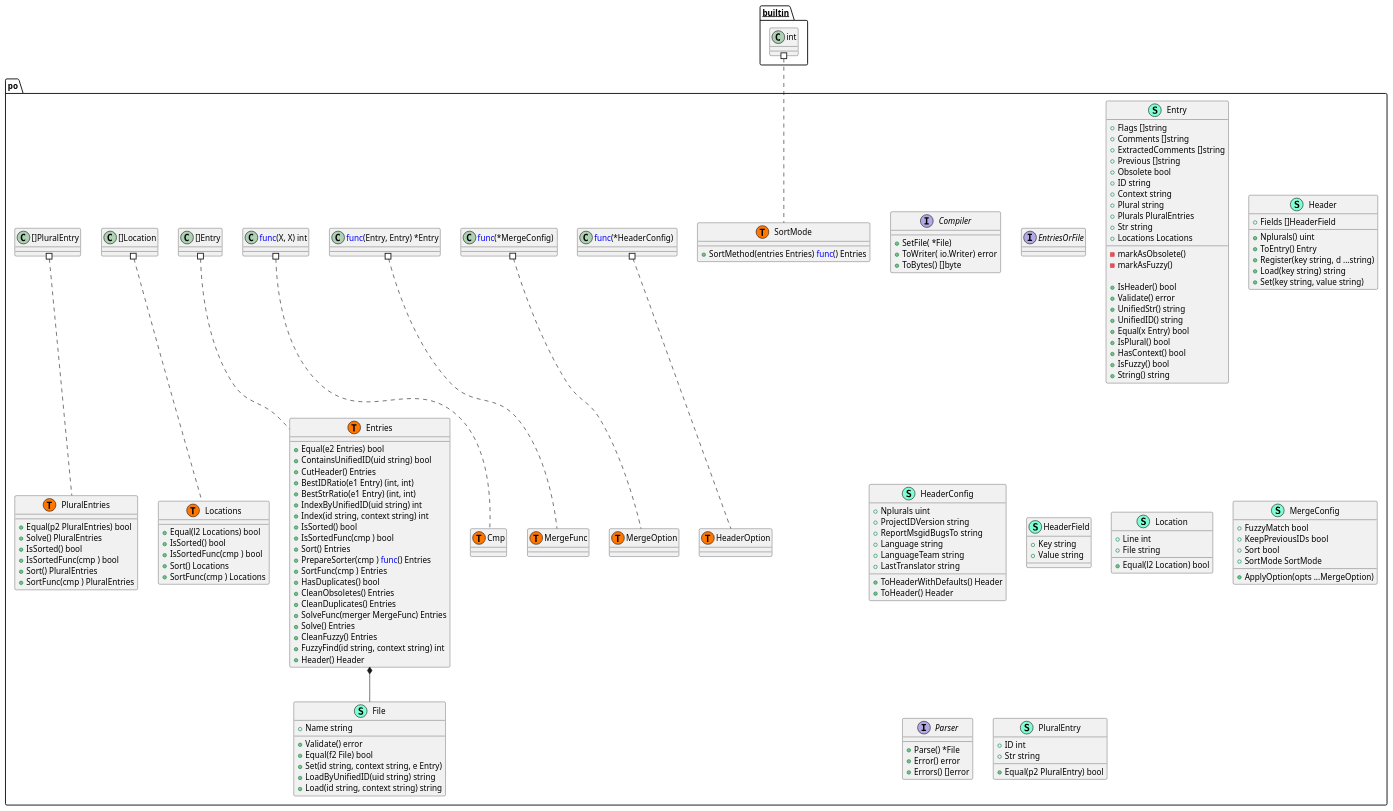
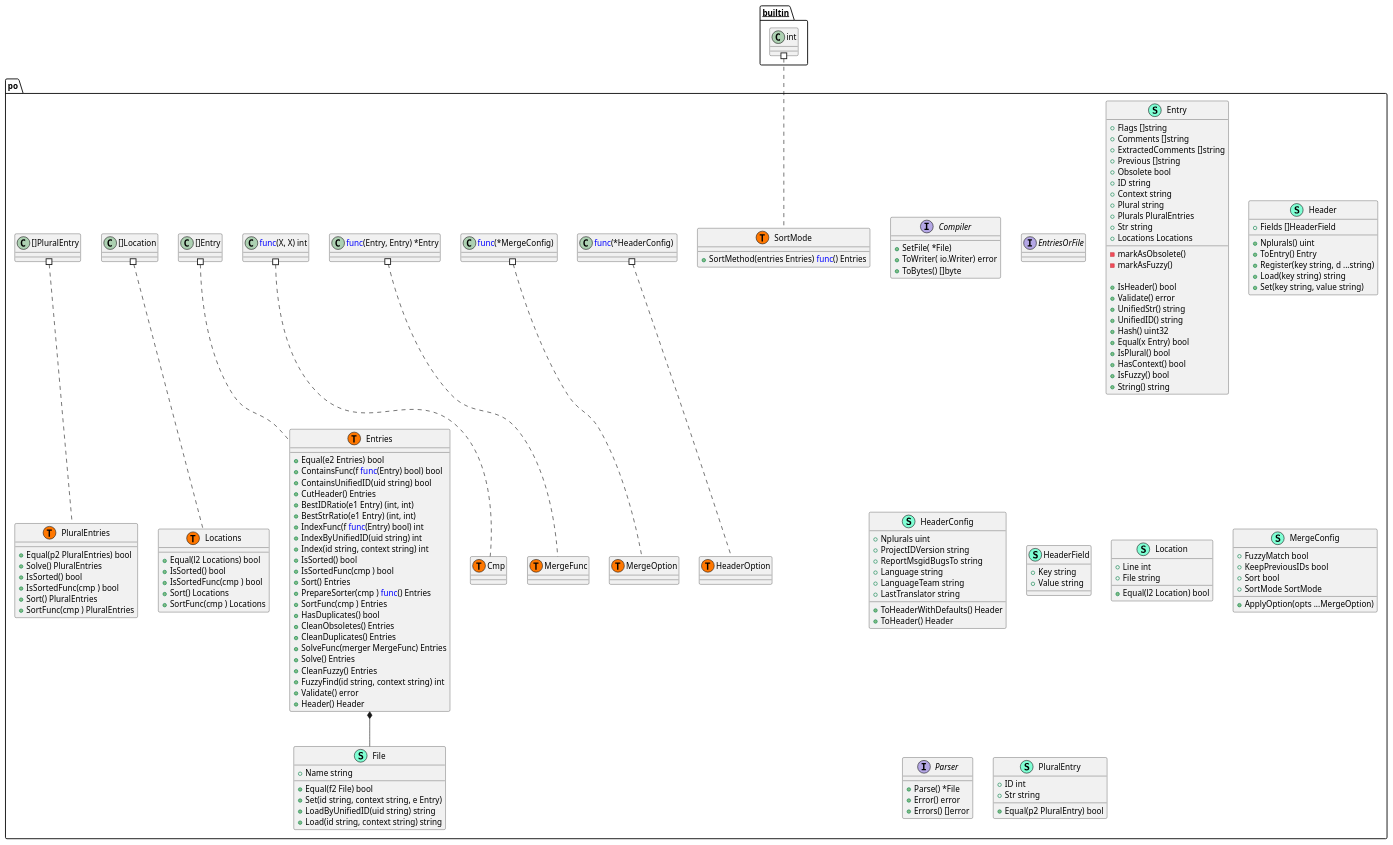
One commit to Tom5521/gotext-tools changed the diagram in pkg/po/structure.puml. Above: the diagram before and after it, drawn with PlantUML. The commit also changed 6 other files, not shown here.

```diff
--- a/pkg/po/structure.puml
+++ b/pkg/po/structure.puml
@@ -1,176 +1,179 @@
 @startuml
 namespace po {
     interface Compiler  {
         + SetFile( *File) 
         + ToWriter( io.Writer) error
         + ToBytes() []byte
 
     }
     class Entries << (S,Aquamarine) >> {
         + Equal(e2 Entries) bool
+        + ContainsFunc(f <font color=blue>func</font>(Entry) bool) bool
         + ContainsUnifiedID(uid string) bool
         + CutHeader() Entries
         + BestIDRatio(e1 Entry) (int, int)
         + BestStrRatio(e1 Entry) (int, int)
+        + IndexFunc(f <font color=blue>func</font>(Entry) bool) int
         + IndexByUnifiedID(uid string) int
         + Index(id string, context string) int
         + IsSorted() bool
         + IsSortedFunc(cmp ) bool
         + Sort() Entries
         + PrepareSorter(cmp ) <font color=blue>func</font>() Entries
         + SortFunc(cmp ) Entries
         + HasDuplicates() bool
         + CleanObsoletes() Entries
         + CleanDuplicates() Entries
         + SolveFunc(merger MergeFunc) Entries
         + Solve() Entries
         + CleanFuzzy() Entries
         + FuzzyFind(id string, context string) int
+        + Validate() error
         + Header() Header
 
     }
     interface EntriesOrFile  {
     }
     class Entry << (S,Aquamarine) >> {
         + Flags []string
         + Comments []string
         + ExtractedComments []string
         + Previous []string
         + Obsolete bool
         + ID string
         + Context string
         + Plural string
         + Plurals PluralEntries
         + Str string
         + Locations Locations
 
         - markAsObsolete() 
         - markAsFuzzy() 
 
         + IsHeader() bool
         + Validate() error
         + UnifiedStr() string
         + UnifiedID() string
+        + Hash() uint32
         + Equal(x Entry) bool
         + IsPlural() bool
         + HasContext() bool
         + IsFuzzy() bool
         + String() string
 
     }
     class File << (S,Aquamarine) >> {
         + Name string
 
-        + Validate() error
         + Equal(f2 File) bool
         + Set(id string, context string, e Entry) 
         + LoadByUnifiedID(uid string) string
         + Load(id string, context string) string
 
     }
     class Header << (S,Aquamarine) >> {
         + Fields []HeaderField
 
         + Nplurals() uint
         + ToEntry() Entry
         + Register(key string, d ...string) 
         + Load(key string) string
         + Set(key string, value string) 
 
     }
     class HeaderConfig << (S,Aquamarine) >> {
         + Nplurals uint
         + ProjectIDVersion string
         + ReportMsgidBugsTo string
         + Language string
         + LanguageTeam string
         + LastTranslator string
 
         + ToHeaderWithDefaults() Header
         + ToHeader() Header
 
     }
     class HeaderField << (S,Aquamarine) >> {
         + Key string
         + Value string
 
     }
     class Location << (S,Aquamarine) >> {
         + Line int
         + File string
 
         + Equal(l2 Location) bool
 
     }
     class Locations << (S,Aquamarine) >> {
         + Equal(l2 Locations) bool
         + IsSorted() bool
         + IsSortedFunc(cmp ) bool
         + Sort() Locations
         + SortFunc(cmp ) Locations
 
     }
     class MergeConfig << (S,Aquamarine) >> {
         + FuzzyMatch bool
         + KeepPreviousIDs bool
         + Sort bool
         + SortMode SortMode
 
         + ApplyOption(opts ...MergeOption) 
 
     }
     interface Parser  {
         + Parse() *File
         + Error() error
         + Errors() []error
 
     }
     class PluralEntries << (S,Aquamarine) >> {
         + Equal(p2 PluralEntries) bool
         + Solve() PluralEntries
         + IsSorted() bool
         + IsSortedFunc(cmp ) bool
         + Sort() PluralEntries
         + SortFunc(cmp ) PluralEntries
 
     }
     class PluralEntry << (S,Aquamarine) >> {
         + ID int
         + Str string
 
         + Equal(p2 PluralEntry) bool
 
     }
     class SortMode << (S,Aquamarine) >> {
         + SortMethod(entries Entries) <font color=blue>func</font>() Entries
 
     }
     class po.Cmp << (T, #FF7700) >>  {
     }
     class po.Entries << (T, #FF7700) >>  {
     }
     class po.HeaderOption << (T, #FF7700) >>  {
     }
     class po.Locations << (T, #FF7700) >>  {
     }
     class po.MergeFunc << (T, #FF7700) >>  {
     }
     class po.MergeOption << (T, #FF7700) >>  {
     }
     class po.PluralEntries << (T, #FF7700) >>  {
     }
     class po.SortMode << (T, #FF7700) >>  {
     }
 }
 "po.Entries" *-- "po.File"
 
 
 "__builtin__.int" #.. "po.SortMode"
 "po.<font color=blue>func</font>(*HeaderConfig) " #.. "po.HeaderOption"
 "po.<font color=blue>func</font>(*MergeConfig) " #.. "po.MergeOption"
 "po.<font color=blue>func</font>(Entry, Entry) *Entry" #.. "po.MergeFunc"
 "po.<font color=blue>func</font>(X, X) int" #.. "po.Cmp"
 "po.[]Entry" #.. "po.Entries"
 "po.[]Location" #.. "po.Locations"
 "po.[]PluralEntry" #.. "po.PluralEntries"
 @enduml
```
